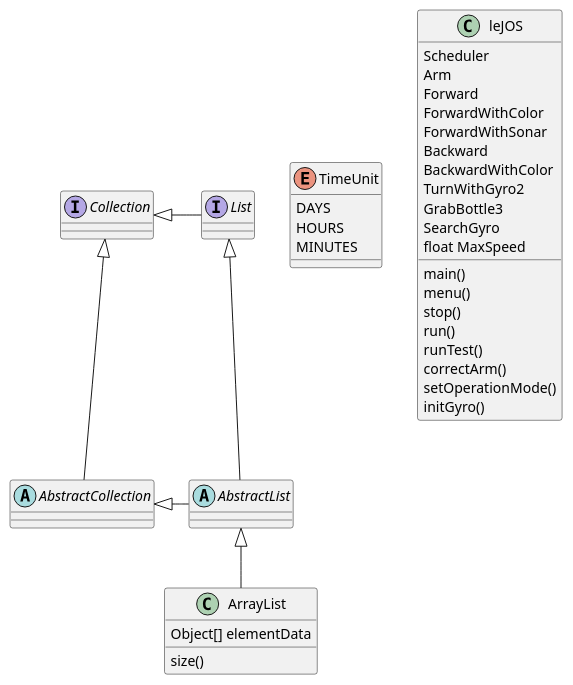
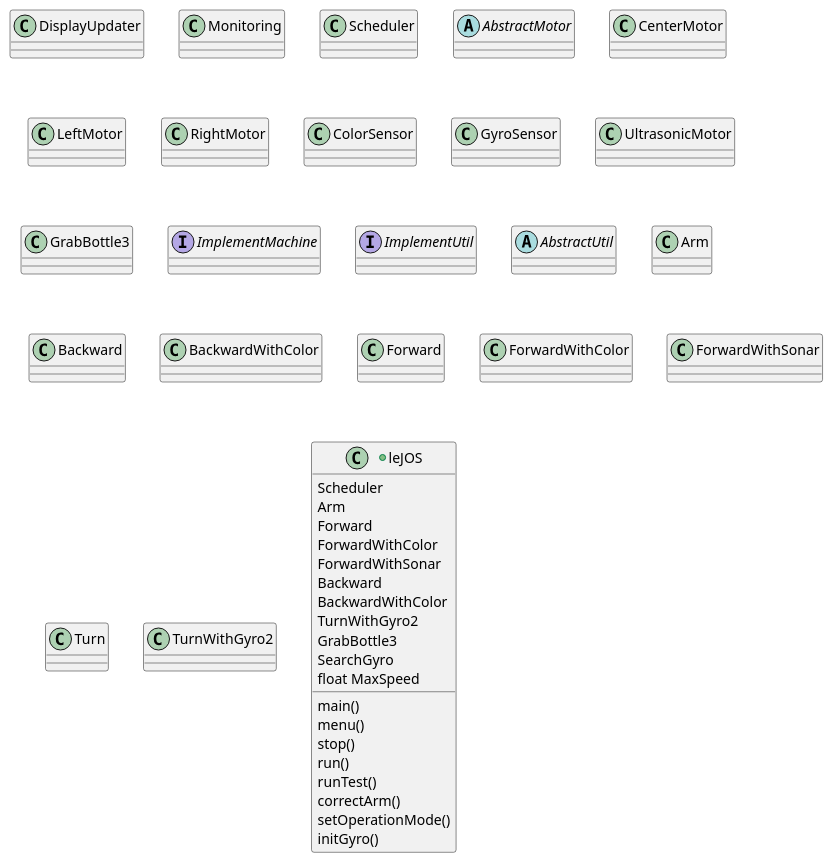
Before and after one commit to keloud/EV3IndependentRobot26: the diagram in UMLClass.puml, drawn with PlantUML.

Commit message:
UML更新

```diff
--- a/UMLClass.puml
+++ b/UMLClass.puml
@@ -1,48 +1,46 @@
 @startuml
-
-abstract class AbstractList
-abstract AbstractCollection
-interface List
-interface Collection
-
-List <|-- AbstractList
-Collection <|-- AbstractCollection
-
-Collection <|- List
-AbstractCollection <|- AbstractList
-AbstractList <|-- ArrayList
-
-class ArrayList {
-Object[] elementData
-size()
-}
-
-enum TimeUnit {
-DAYS
-HOURS
-MINUTES
-}
-
-class leJOS{
+class DisplayUpdater
+class Monitoring
+class Scheduler
+abstract class AbstractMotor
+class CenterMotor
+class LeftMotor
+class RightMotor
+class ColorSensor
+class GyroSensor
+class UltrasonicMotor
+class GrabBottle3
+interface ImplementMachine
+interface ImplementUtil
+abstract class AbstractUtil
+class Arm
+class Backward
+class BackwardWithColor
+class Forward
+class ForwardWithColor
+class ForwardWithSonar
+class Turn
+class TurnWithGyro2
++class leJOS{
 Scheduler
 Arm
 Forward
 ForwardWithColor
 ForwardWithSonar
 Backward
 BackwardWithColor
 TurnWithGyro2
 GrabBottle3
 SearchGyro
 float MaxSpeed
 main()
 menu()
 stop()
 run()
 runTest()
 correctArm()
 setOperationMode()
 initGyro()
 }
 
 @enduml
```
